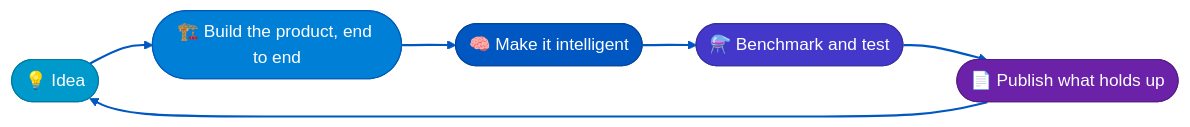
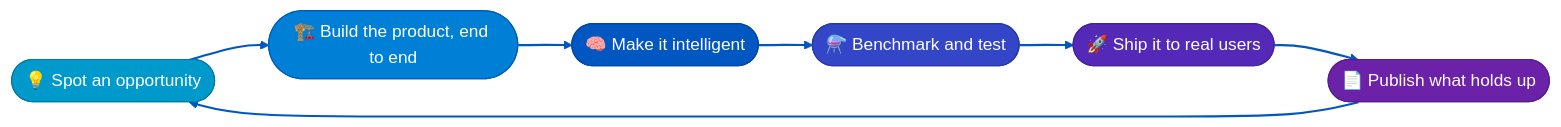
One commit to mmohajer9/mmohajer9 changed the diagram in README.md. Above: the diagram before and after it, drawn with Mermaid. The commit also changed other lines of this file, not shown here.

Commit message:
Add entrepreneurial framing to Figure 1 loop

````diff
--- a/README.md
+++ b/README.md
@@ -25,14 +25,16 @@
 ```mermaid
 flowchart LR
-    A(["💡 Idea"]) --> B(["🏗️ Build the product, end to end"])
+    A(["💡 Spot an opportunity"]) --> B(["🏗️ Build the product, end to end"])
     B --> C(["🧠 Make it intelligent"])
     C --> D(["⚗️ Benchmark and test"])
-    D --> E(["📄 Publish what holds up"])
-    E --> A
+    D --> E(["🚀 Ship it to real users"])
+    E --> F(["📄 Publish what holds up"])
+    F --> A
     style A fill:#0099cc,stroke:#007aa3,color:#ffffff
     style B fill:#007fd6,stroke:#005bb8,color:#ffffff
     style C fill:#0057c2,stroke:#00459c,color:#ffffff
-    style D fill:#4338ca,stroke:#3730a3,color:#ffffff
-    style E fill:#6b21a8,stroke:#581c87,color:#ffffff
+    style D fill:#3346c8,stroke:#2536a3,color:#ffffff
+    style E fill:#5429b8,stroke:#41209c,color:#ffffff
+    style F fill:#6b21a8,stroke:#581c87,color:#ffffff
     linkStyle default stroke:#0057c2,stroke-width:2px
 ```
````
